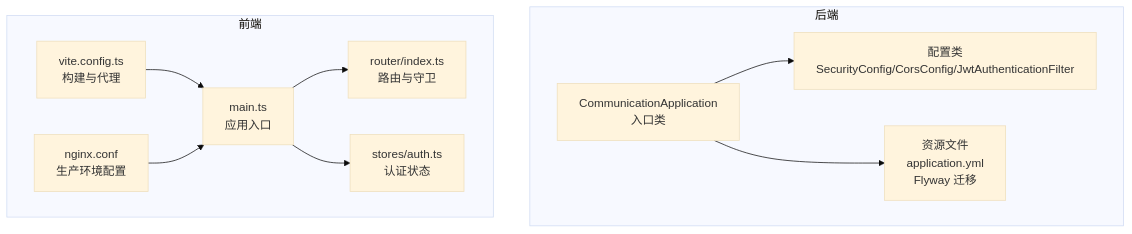
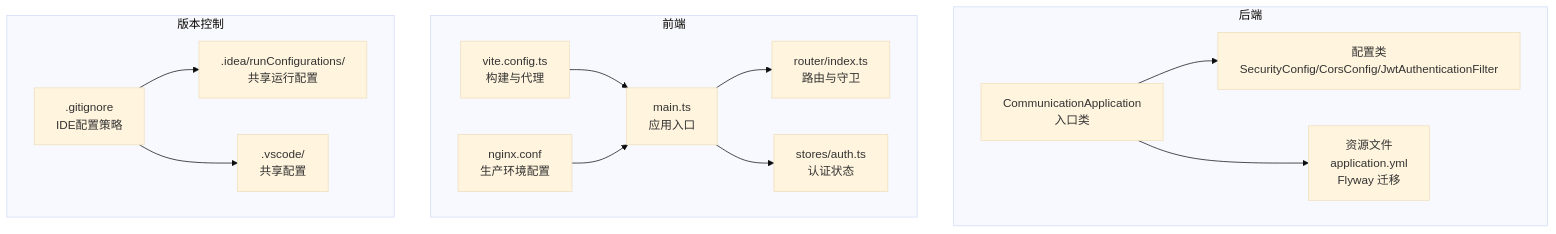
Before and after one commit to koala-xiong/communication-qoder: the first of 8 diagrams in .qoder/repowiki/zh/content/开发指南/开发指南.md, drawn with Mermaid (base theme). The commit also changed other lines of this file and 78 other files, not shown here.

````diff
--- a/.qoder/repowiki/zh/content/开发指南/开发指南.md
+++ b/.qoder/repowiki/zh/content/开发指南/开发指南.md
@@ -55,21 +58,28 @@
 ```mermaid
 graph TB
 subgraph "后端"
 BA["CommunicationApplication<br/>入口类"]
 CFG["配置类<br/>SecurityConfig/CorsConfig/JwtAuthenticationFilter"]
 RES["资源文件<br/>application.yml<br/>Flyway 迁移"]
 end
 subgraph "前端"
 MAIN["main.ts<br/>应用入口"]
 ROUTER["router/index.ts<br/>路由与守卫"]
 STORE["stores/auth.ts<br/>认证状态"]
 VITE["vite.config.ts<br/>构建与代理"]
 NGINX["nginx.conf<br/>生产环境配置"]
 end
+subgraph "版本控制"
+GIT[".gitignore<br/>IDE配置策略"]
+RUN[".idea/runConfigurations/<br/>共享运行配置"]
+VSC[".vscode/<br/>共享配置"]
+end
 BA --> CFG
 BA --> RES
 MAIN --> ROUTER
 MAIN --> STORE
 VITE --> MAIN
 NGINX --> MAIN
+GIT --> RUN
+GIT --> VSC
 ```
````
